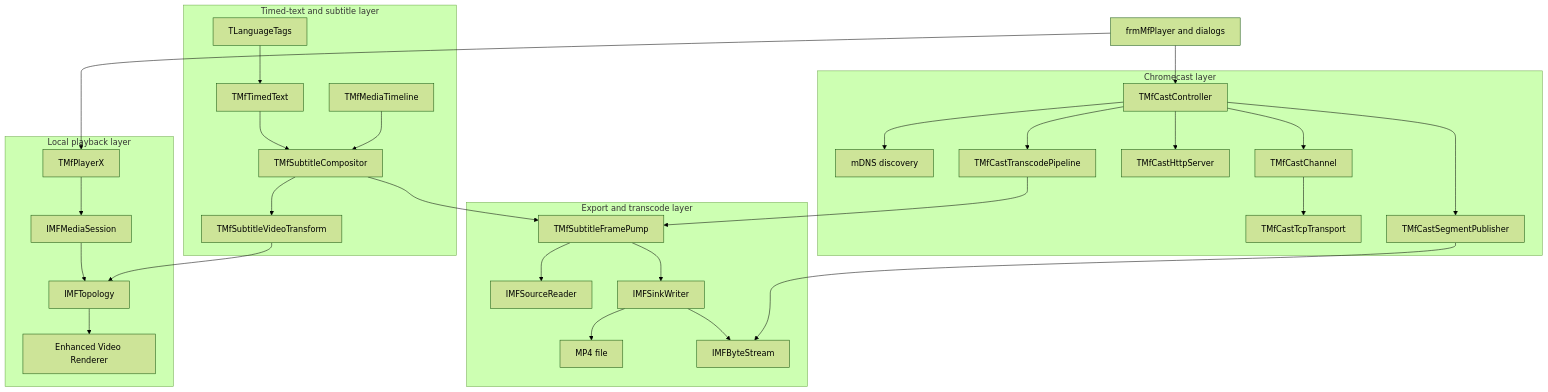
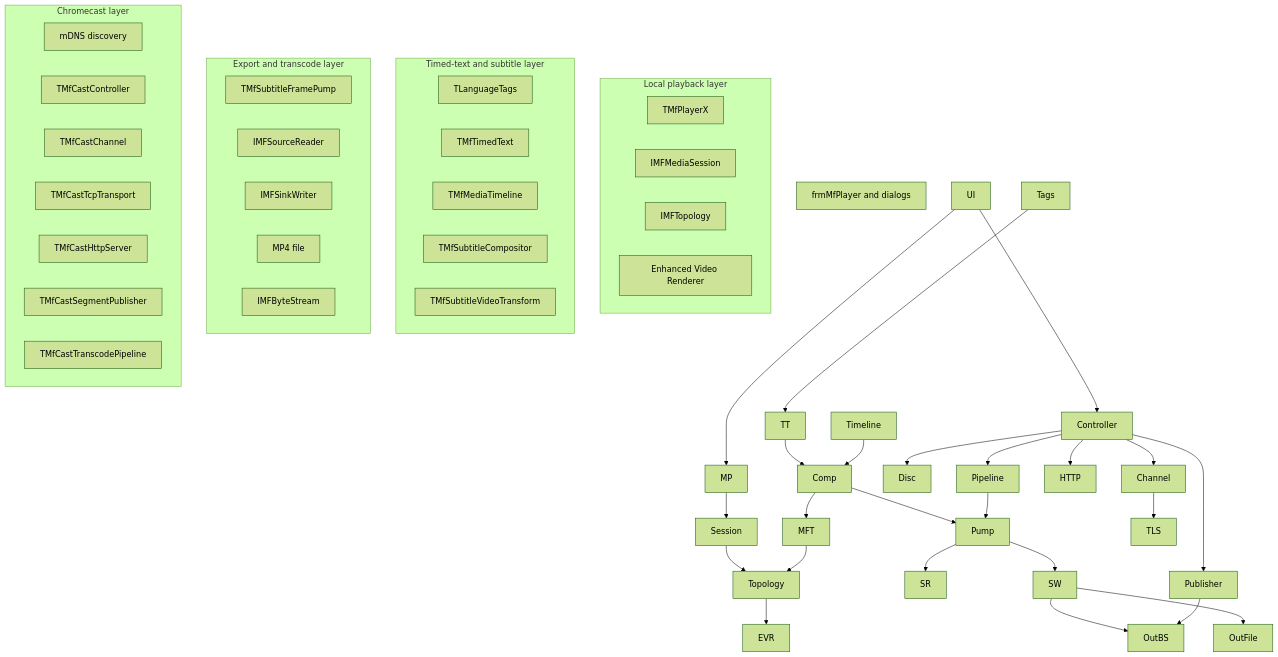
One commit to FactoryXCode/MfPack changed the second of 10 diagrams in MfPack/Samples/MfPlayer X2/Docs/MfPlayer_X2_Architecture_and_Chromecast.md. Above: the diagram before and after it, drawn with Mermaid (forest theme). The commit also changed other lines of this file and 10 other files, not shown here.

Commit message:
Updated MfPlayer X2 for ChromeCast WebVTT

````diff
--- a/MfPack/Samples/MfPlayer X2/Docs/MfPlayer_X2_Architecture_and_Chromecast.md
+++ b/MfPack/Samples/MfPlayer X2/Docs/MfPlayer_X2_Architecture_and_Chromecast.md
@@ -181,57 +176,57 @@
 ```mermaid
 flowchart TB
-    UI[frmMfPlayer and dialogs]
+    UI\[frmMfPlayer and dialogs]
 
-    subgraph Player[Local playback layer]
-        MP[TMfPlayerX]
-        Session[IMFMediaSession]
-        Topology[IMFTopology]
-        EVR[Enhanced Video Renderer]
+    subgraph Player\[Local playback layer]
+        MP\[TMfPlayerX]
+        Session\[IMFMediaSession]
+        Topology\[IMFTopology]
+        EVR\[Enhanced Video Renderer]
     end
 
-    subgraph Text[Timed-text and subtitle layer]
-        Tags[TLanguageTags]
-        TT[TMfTimedText]
-        Timeline[TMfMediaTimeline]
-        Comp[TMfSubtitleCompositor]
-        MFT[TMfSubtitleVideoTransform]
+    subgraph Text\[Timed-text and subtitle layer]
+        Tags\[TLanguageTags]
+        TT\[TMfTimedText]
+        Timeline\[TMfMediaTimeline]
+        Comp\[TMfSubtitleCompositor]
+        MFT\[TMfSubtitleVideoTransform]
     end
 
-    subgraph Export[Export and transcode layer]
-        Pump[TMfSubtitleFramePump]
-        SR[IMFSourceReader]
-        SW[IMFSinkWriter]
-        OutFile[MP4 file]
-        OutBS[IMFByteStream]
+    subgraph Export\[Export and transcode layer]
+        Pump\[TMfSubtitleFramePump]
+        SR\[IMFSourceReader]
+        SW\[IMFSinkWriter]
+        OutFile\[MP4 file]
+        OutBS\[IMFByteStream]
     end
 
-    subgraph Cast[Chromecast layer]
-        Disc[mDNS discovery]
-        Controller[TMfCastController]
-        Channel[TMfCastChannel]
-        TLS[TMfCastTcpTransport]
-        HTTP[TMfCastHttpServer]
-        Publisher[TMfCastSegmentPublisher]
-        Pipeline[TMfCastTranscodePipeline]
+    subgraph Cast\[Chromecast layer]
+        Disc\[mDNS discovery]
+        Controller\[TMfCastController]
+        Channel\[TMfCastChannel]
+        TLS\[TMfCastTcpTransport]
+        HTTP\[TMfCastHttpServer]
+        Publisher\[TMfCastSegmentPublisher]
+        Pipeline\[TMfCastTranscodePipeline]
     end
 
     UI --> MP
     MP --> Session --> Topology --> EVR
     Tags --> TT --> Comp
     Timeline --> Comp
     Comp --> MFT
     MFT --> Topology
     Comp --> Pump
     Pump --> SR
     Pump --> SW
     SW --> OutFile
     SW --> OutBS
 
     UI --> Controller
     Controller --> Disc
     Controller --> Channel --> TLS
     Controller --> HTTP
     Controller --> Publisher
     Controller --> Pipeline --> Pump
     Publisher --> OutBS
 ```
````
